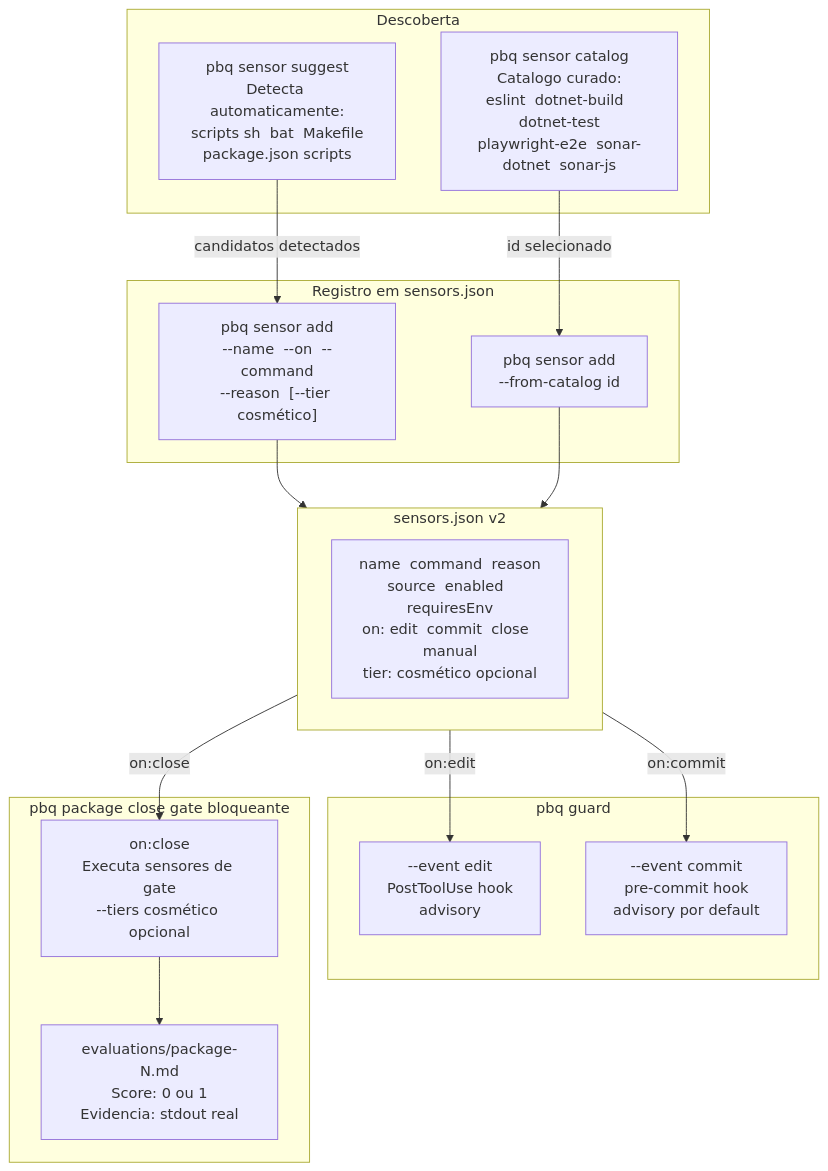
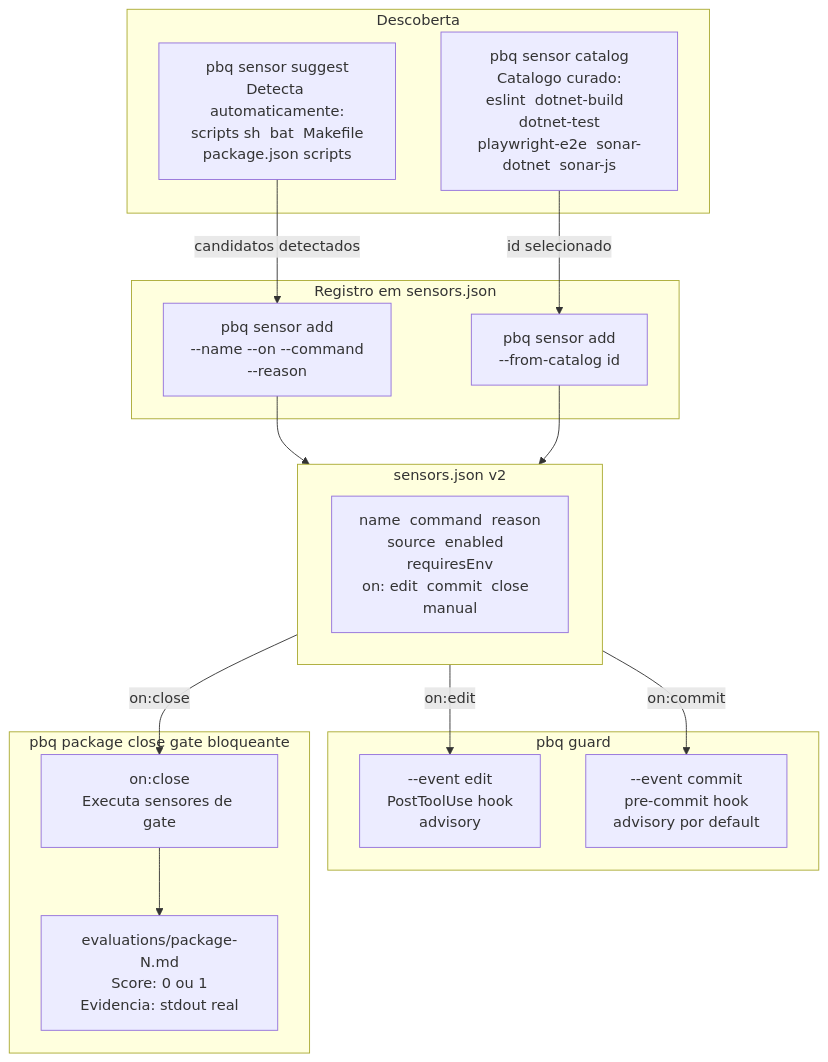
One commit to fabricioasv/plan-build-qa changed the third of 4 diagrams in .plan-build-qa/OVERVIEW.md. Above: the diagram before and after it, drawn with Mermaid. The commit also changed other lines of this file and 62 other files, not shown here.

````diff
--- a/.plan-build-qa/OVERVIEW.md
+++ b/.plan-build-qa/OVERVIEW.md
@@ -82,35 +105,35 @@
 ```mermaid
 flowchart TD
     subgraph Descoberta["Descoberta"]
         AUTO["pbq sensor suggest\nDetecta automaticamente:\nscripts sh  bat  Makefile\npackage.json scripts"]
         CAT["pbq sensor catalog\nCatalogo curado:\neslint  dotnet-build  dotnet-test\nplaywright-e2e  sonar-dotnet  sonar-js"]
     end
 
     subgraph Registro["Registro em sensors.json"]
-        MANUAL["pbq sensor add\n--name  --on  --command\n--reason  [--tier cosmético]"]
+        MANUAL["pbq sensor add\n--name  --on  --command\n--reason"]
         FROMCAT["pbq sensor add\n--from-catalog id"]
     end
 
     subgraph SJ["sensors.json v2"]
-        FIELDS["name  command  reason\nsource  enabled  requiresEnv\non: edit  commit  close  manual\ntier: cosmético opcional"]
+        FIELDS["name  command  reason\nsource  enabled  requiresEnv\non: edit  commit  close  manual"]
     end
 
     subgraph Guard["pbq guard"]
         GEDIT["--event edit\nPostToolUse hook\nadvisory"]
         GCOMMIT["--event commit\npre-commit hook\nadvisory por default"]
     end
 
     subgraph Close["pbq package close  gate bloqueante"]
-        CEVENT["on:close\nExecuta sensores de gate\n--tiers cosmético opcional"]
+        CEVENT["on:close\nExecuta sensores de gate"]
         EVAL["evaluations/package-N.md\nScore: 0 ou 1\nEvidencia: stdout real"]
     end
 
     AUTO -->|"candidatos detectados"| MANUAL
     CAT -->|"id selecionado"| FROMCAT
     MANUAL --> SJ
     FROMCAT --> SJ
     SJ -->|"on:edit"| GEDIT
     SJ -->|"on:commit"| GCOMMIT
     SJ -->|"on:close"| CEVENT
     CEVENT --> EVAL
 ```
````
